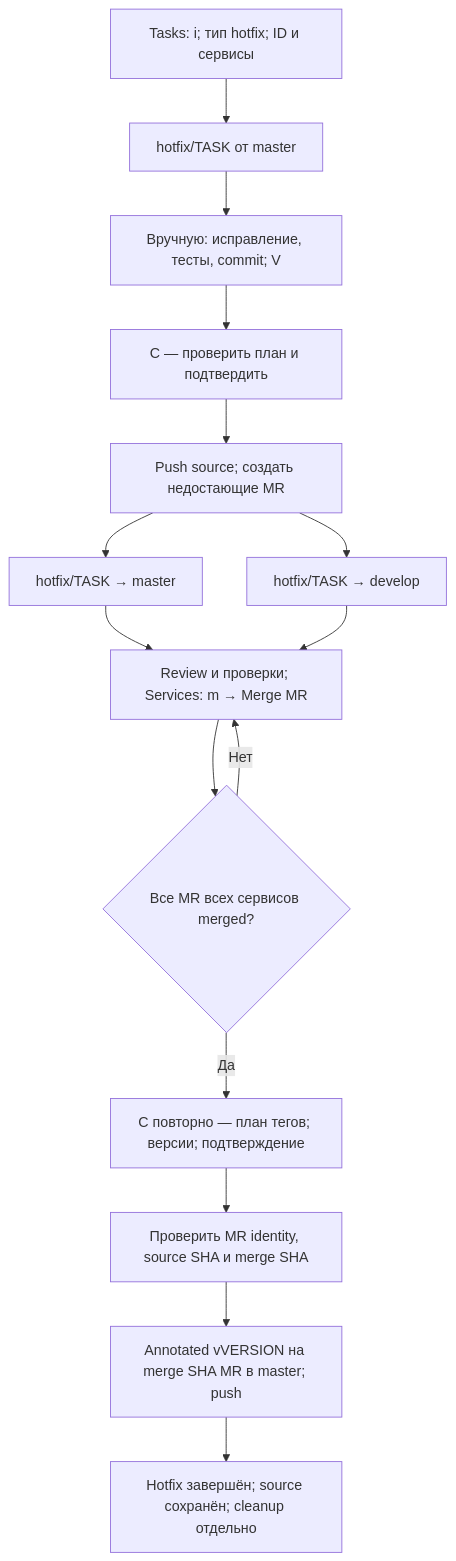
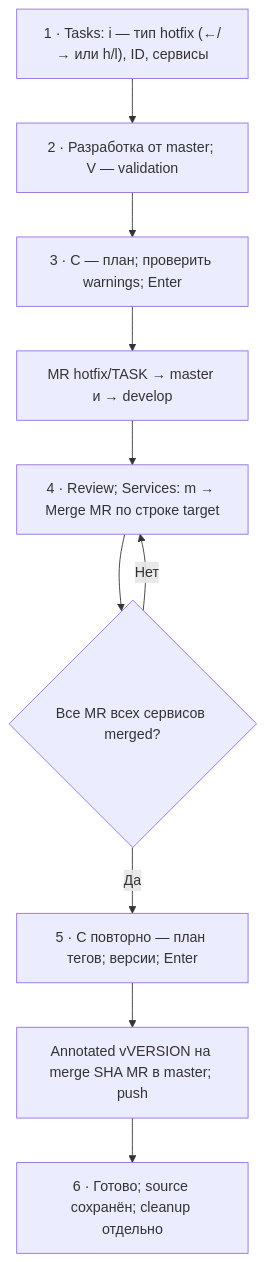
The third of 3 diagrams in docs/workflows.md (D1ssolve/wtui), drawn with Mermaid before and after one commit. The commit also changed other lines of this file and 66 other files, not shown here.

First line of the commit message:
feat: implement task merge retry functionality in TUI

````diff
--- a/docs/workflows.md
+++ b/docs/workflows.md
@@ -123,17 +73,12 @@
 ```mermaid
 flowchart TD
-    H1["Tasks: i; тип hotfix; ID и сервисы"] --> H2["hotfix/TASK от master"]
-    H2 --> H3["Вручную: исправление, тесты, commit; V"]
-    H3 --> H4["C — проверить план и подтвердить"]
-    H4 --> H5["Push source; создать недостающие MR"]
-    H5 --> H6["hotfix/TASK → master"]
-    H5 --> H7["hotfix/TASK → develop"]
-    H6 --> H8["Review и проверки; Services: m → Merge MR"]
-    H7 --> H8
-    H8 --> H9{"Все MR всех сервисов merged?"}
-    H9 -->|Нет| H8
-    H9 -->|Да| H10["C повторно — план тегов; версии; подтверждение"]
-    H10 --> H11["Проверить MR identity, source SHA и merge SHA"]
-    H11 --> H12["Annotated vVERSION на merge SHA MR в master; push"]
-    H12 --> H13["Hotfix завершён; source сохранён; cleanup отдельно"]
+    H1["1 · Tasks: i — тип hotfix (←/→ или h/l), ID, сервисы"] --> H2["2 · Разработка от master; V — validation"]
+    H2 --> H3["3 · C — план; проверить warnings; Enter"]
+    H3 --> H4["MR hotfix/TASK → master и → develop"]
+    H4 --> H5["4 · Review; Services: m → Merge MR по строке target"]
+    H5 --> H6{"Все MR всех сервисов merged?"}
+    H6 -->|Нет| H5
+    H6 -->|Да| H7["5 · C повторно — план тегов; версии; Enter"]
+    H7 --> H8["Annotated vVERSION на merge SHA MR в master; push"]
+    H8 --> H9["6 · Готово; source сохранён; cleanup отдельно"]
 ```
````
